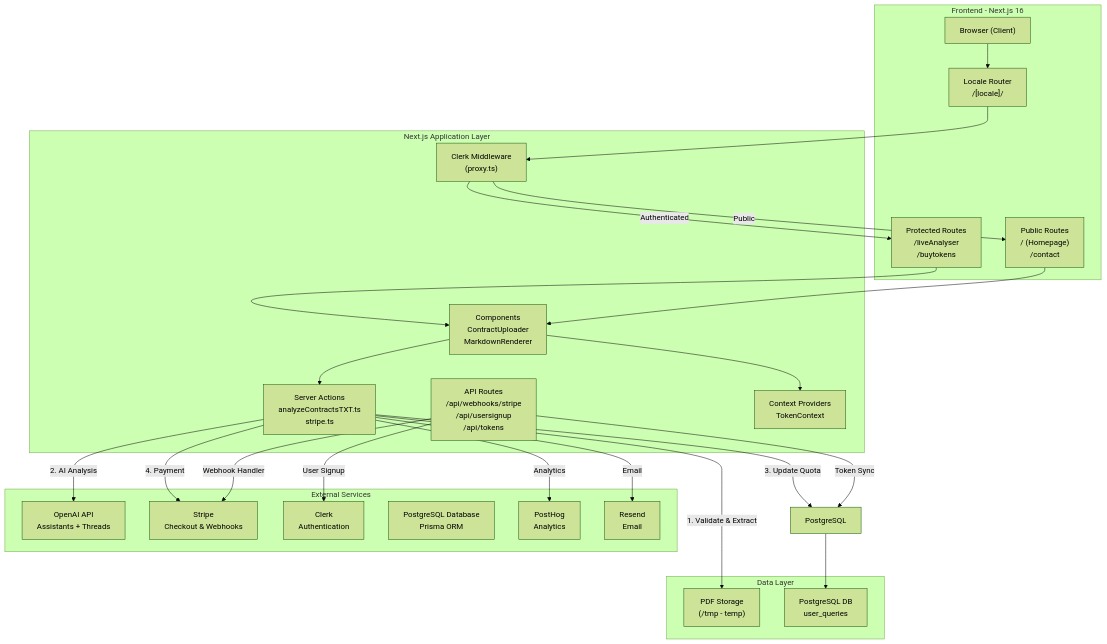
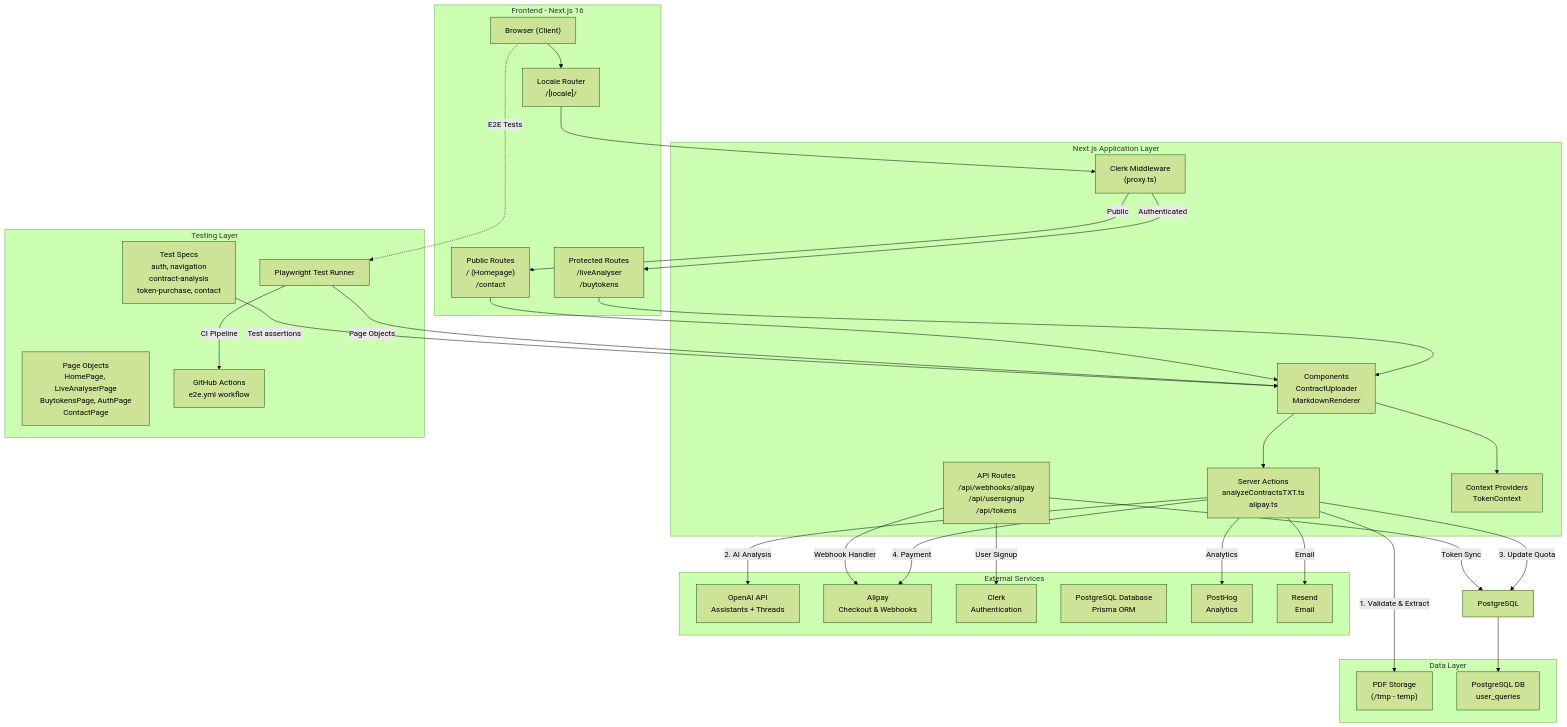
The first of 3 diagrams in docs/architecture/SYSTEM_OVERVIEW.md (duzhongli-d/contractagent), drawn with Mermaid (forest theme) before and after one commit. The commit also changed other lines of this file and 38 other files, not shown here.

First line of the commit message:
feat: add Playwright E2E testing infrastructure (#1)

````diff
--- a/docs/architecture/SYSTEM_OVERVIEW.md
+++ b/docs/architecture/SYSTEM_OVERVIEW.md
@@ -25,57 +26,69 @@
 ```mermaid
 graph TB
     subgraph Client["Frontend - Next.js 16"]
         Browser["Browser (Client)"]
         LocaleRouter["Locale Router<br/>/[locale]/"]
         ProtectedRoutes["Protected Routes<br/>/liveAnalyser<br/>/buytokens"]
         PublicRoutes["Public Routes<br/>/ (Homepage)<br/>/contact"]
     end
 
     subgraph NextJS["Next.js Application Layer"]
         Middleware["Clerk Middleware<br/>(proxy.ts)"]
-        ServerActions["Server Actions<br/>analyzeContractsTXT.ts<br/>stripe.ts"]
-        APIRoutes["API Routes<br/>/api/webhooks/stripe<br/>/api/usersignup<br/>/api/tokens"]
+        ServerActions["Server Actions<br/>analyzeContractsTXT.ts<br/>alipay.ts"]
+        APIRoutes["API Routes<br/>/api/webhooks/alipay<br/>/api/usersignup<br/>/api/tokens"]
         Components["Components<br/>ContractUploader<br/>MarkdownRenderer"]
         Context["Context Providers<br/>TokenContext"]
     end
 
     subgraph ExternalServices["External Services"]
         OpenAI["OpenAI API<br/>Assistants + Threads"]
-        Stripe["Stripe<br/>Checkout & Webhooks"]
+        Alipay["Alipay<br/>Checkout & Webhooks"]
         Clerk["Clerk<br/>Authentication"]
         PostgreSQL_DB["PostgreSQL Database<br/>Prisma ORM"]
         PostHog["PostHog<br/>Analytics"]
         Resend["Resend<br/>Email"]
     end
 
     subgraph DataLayer["Data Layer"]
         PDFs["PDF Storage<br/>(/tmp - temp)"]
         DB["PostgreSQL DB<br/>user_queries"]
+    end
+
+    subgraph TestingLayer["Testing Layer"]
+        Playwright["Playwright Test Runner"]
+        POM["Page Objects<br/>HomePage, LiveAnalyserPage<br/>BuytokensPage, AuthPage<br/>ContactPage"]
+        Specs["Test Specs<br/>auth, navigation<br/>contract-analysis<br/>token-purchase, contact"]
+        CI_CD["GitHub Actions<br/>e2e.yml workflow"]
     end
 
     Browser --> LocaleRouter
     LocaleRouter --> Middleware
 
     Middleware -->|Authenticated| ProtectedRoutes
     Middleware -->|Public| PublicRoutes
 
     ProtectedRoutes --> Components
     PublicRoutes --> Components
 
     Components --> ServerActions
     Components --> Context
 
     ServerActions -->|1. Validate & Extract| PDFs
     ServerActions -->|2. AI Analysis| OpenAI
     ServerActions -->|3. Update Quota| PostgreSQL
-    ServerActions -->|4. Payment| Stripe
+    ServerActions -->|4. Payment| Alipay
 
-    APIRoutes -->|Webhook Handler| Stripe
+    APIRoutes -->|Webhook Handler| Alipay
     APIRoutes -->|Token Sync| PostgreSQL
     APIRoutes -->|User Signup| Clerk
 
     ServerActions -->|Analytics| PostHog
     ServerActions -->|Email| Resend
 
     PostgreSQL --> DB
+
+    Browser -.->|"E2E Tests"| Playwright
+    Playwright -->|"Page Objects"| Components
+    Specs -->|"Test assertions"| Components
+    Playwright -->|"CI Pipeline"| CI_CD
 ```
````
